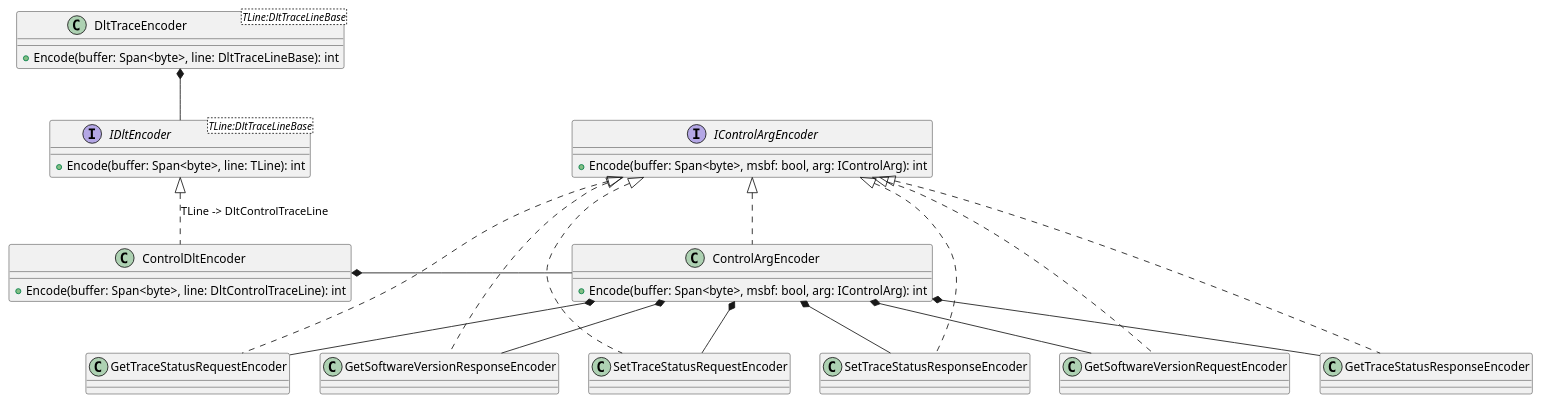
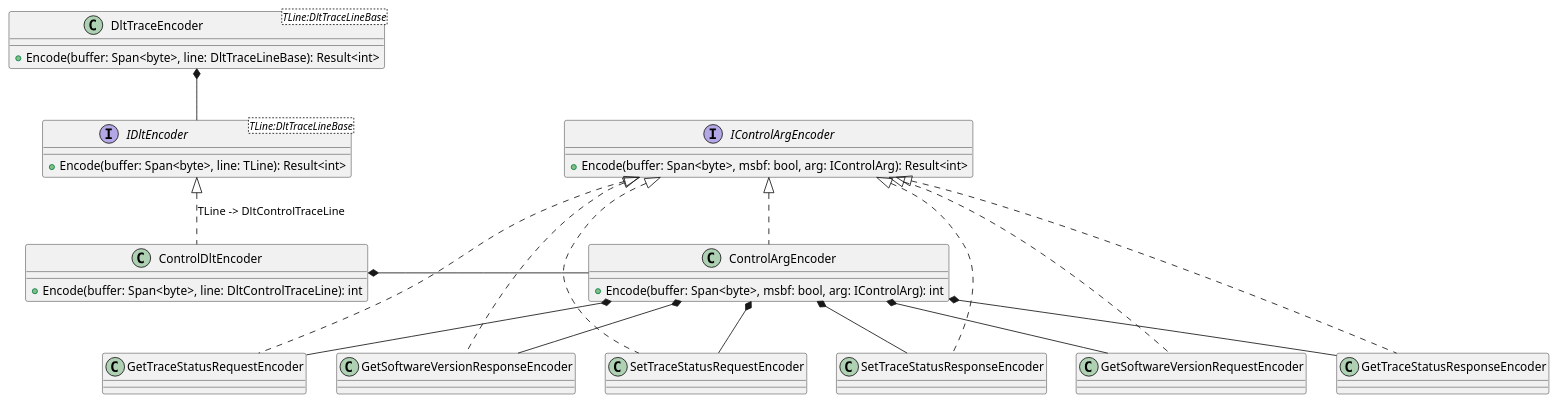
The diagram in TraceReader.Dlt/docs/diagrams/DLT.WriterControl.plantuml (jcurl/RJCP.DLL.Log), drawn with PlantUML before and after one commit. The commit also changed 7 other files, not shown here.

First line of the commit message:
DLT Writer: Update UML for Result<int> type

```diff
--- a/TraceReader.Dlt/docs/diagrams/DLT.WriterControl.plantuml
+++ b/TraceReader.Dlt/docs/diagrams/DLT.WriterControl.plantuml
@@ -1,82 +1,48 @@
 @startuml DLT.WriterControl
 
 class DltTraceEncoder<TLine:DltTraceLineBase> {
-    +Encode(buffer: Span<byte>, line: DltTraceLineBase): int
+    +Encode(buffer: Span<byte>, line: DltTraceLineBase): Result<int>
 }
 
 interface IDltEncoder<TLine:DltTraceLineBase> {
-   +Encode(buffer: Span<byte>, line: TLine): int
+   +Encode(buffer: Span<byte>, line: TLine): Result<int>
 }
 DltTraceEncoder *-d- IDltEncoder
 
 class ControlDltEncoder {
    +Encode(buffer: Span<byte>, line: DltControlTraceLine): int
 }
 IDltEncoder <|.d. ControlDltEncoder : TLine -> DltControlTraceLine
 
 interface IControlArgEncoder {
-    +Encode(buffer: Span<byte>, msbf: bool, arg: IControlArg): int
+    +Encode(buffer: Span<byte>, msbf: bool, arg: IControlArg): Result<int>
 }
 
 class ControlArgEncoder {
     +Encode(buffer: Span<byte>, msbf: bool, arg: IControlArg): int
 }
 IControlArgEncoder <|.d. ControlArgEncoder
 ControlDltEncoder *-r- ControlArgEncoder
 
 class GetSoftwareVersionRequestEncoder
 class GetSoftwareVersionResponseEncoder
 class SetTraceStatusRequestEncoder
 class SetTraceStatusResponseEncoder
 class GetTraceStatusRequestEncoder
 class GetTraceStatusResponseEncoder
 
 IControlArgEncoder <|..d. GetSoftwareVersionRequestEncoder
 IControlArgEncoder <|..d. GetSoftwareVersionResponseEncoder
 IControlArgEncoder <|..d. SetTraceStatusRequestEncoder
 IControlArgEncoder <|..d. SetTraceStatusResponseEncoder
 IControlArgEncoder <|..d. GetTraceStatusRequestEncoder
 IControlArgEncoder <|..d. GetTraceStatusResponseEncoder
 
 ControlArgEncoder *-d- GetSoftwareVersionRequestEncoder
 ControlArgEncoder *-d- GetSoftwareVersionResponseEncoder
 ControlArgEncoder *-d- SetTraceStatusRequestEncoder
 ControlArgEncoder *-d- SetTraceStatusResponseEncoder
 ControlArgEncoder *-d- GetTraceStatusRequestEncoder
 ControlArgEncoder *-d- GetTraceStatusResponseEncoder
 
-' class DltTraceWriterFactory<TLine:DltTraceLineBase> {
-'     +CreateAsync(stream: Stream): Task<ITraceWriter<DltTraceLineBase>>
-'     +CreateAsync(fileName: string): Task<ITraceWriter<DltTraceLineBase>>
-' }
-
-' class DltTraceEncoder<TLine:DltTraceLineBase> {
-'     +Encode(buffer: Span<byte>, line: DltTraceLineBase): int
-' }
-
-' class DltFileTraceWriterFactory
-' note bottom
-'     Gives DltTraceWriterFactory the
-'     DltFileTraceEncoderFactory. This
-'     is just a very thin class.
-' end note
-' DltTraceWriterFactory <|-d- DltFileTraceWriterFactory
-
-' class DltFileTraceEncoderFactory
-' note bottom
-'     Just knows only how to create
-'     the DltFileTraceEncoder
-' end note
-' DltFileTraceWriterFactory -r-> DltFileTraceEncoderFactory : <<creates>
-' DltTraceWriterFactory o-d- DltFileTraceEncoderFactory
-
-' class DltFileTraceEncoder
-' note bottom
-'     Knows how to encode the storage
-'     header, and leaves the rest of
-'     the encoding to DltTraceEncoder
-' end note
-
-' DltFileTraceEncoderFactory -r-> DltFileTraceEncoder : <<creates>>
-' DltTraceEncoder <|-d- DltFileTraceEncoder
 @enduml
```
